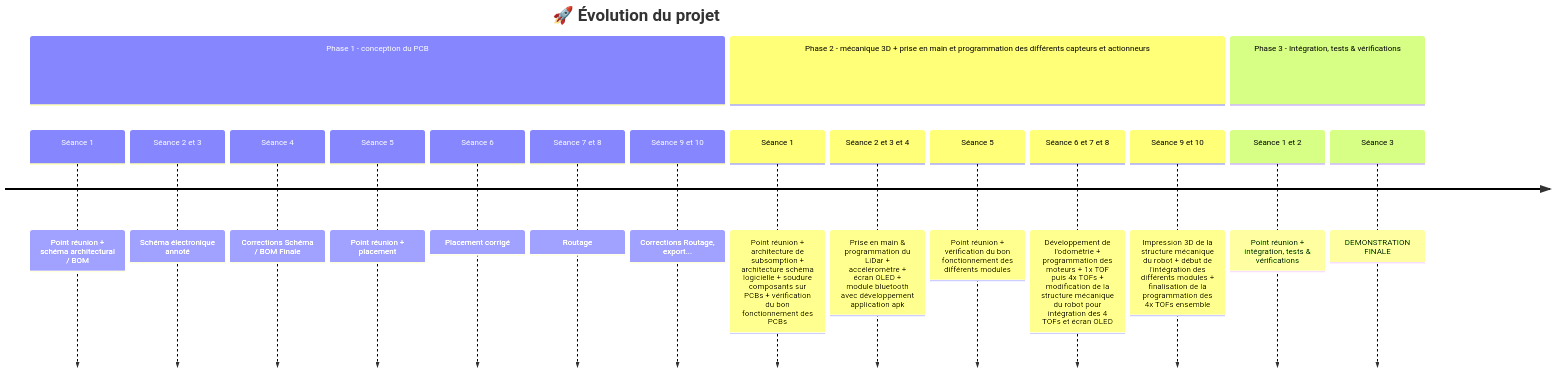
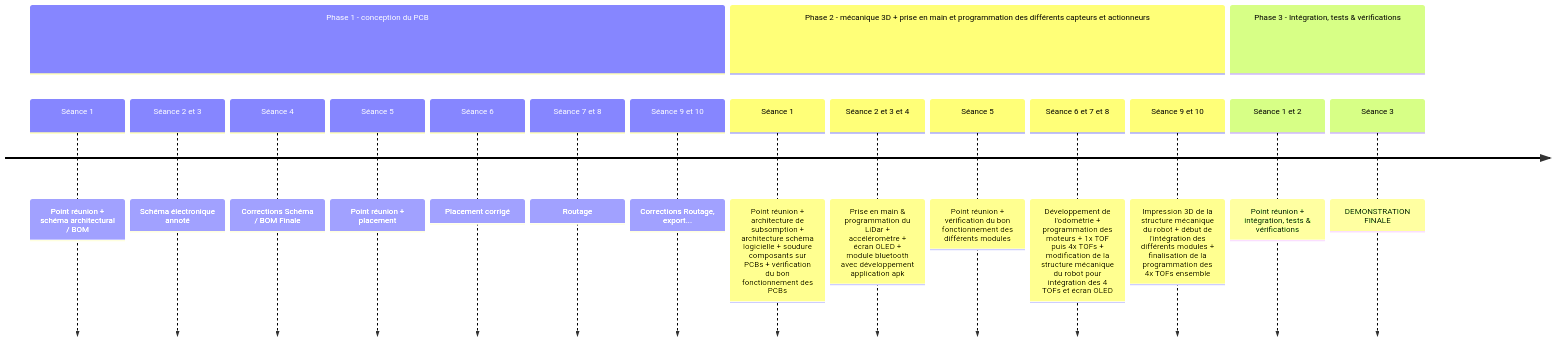
One commit to HugouShare/ENSEA_3A_PROJET_ChaSouRo changed the diagram in README.md. Above: the diagram before and after it, drawn with Mermaid. The commit also changed other lines of this file, not shown here.

````diff
--- a/README.md
+++ b/README.md
@@ -53,30 +53,29 @@
 ```mermaid
 %%{init: {"theme":"default", "themeVariables": {
   "primaryColor": "#4F46E5",
   "primaryTextColor": "#ffffff",
   "primaryBorderColor": "#312E81",
   "lineColor": "#6366F1",
   "secondaryColor": "#E0E7FF",
   "tertiaryColor": "#A5B4FC"
 }}}%%
 
 timeline
-    title 🚀 Évolution du projet
     section Phase 1 - conception du PCB
       Séance 1 : Point réunion + schéma architectural / BOM
       Séance 2 et 3 : Schéma électronique annoté
       Séance 4 : Corrections Schéma / BOM Finale
       Séance 5 : Point réunion + placement
       Séance 6 : Placement corrigé
       Séance 7 et 8 : Routage
       Séance 9 et 10 : Corrections Routage, export...
     section Phase 2 - mécanique 3D + prise en main et programmation des différents capteurs et actionneurs
       Séance 1 : Point réunion + architecture de subsomption + architecture schéma logicielle + soudure composants sur PCBs + vérification du bon fonctionnement des PCBs
       Séance 2 et 3 et 4 : Prise en main & programmation du LiDar + accéléromètre + écran OLED + module bluetooth avec développement application apk
       Séance 5 : Point réunion + vérification du bon fonctionnement des différents modules
       Séance 6 et 7 et 8 : Développement de l'odométrie + programmation des moteurs + 1x TOF puis 4x TOFs + modification de la structure mécanique du robot pour intégration des 4 TOFs et écran OLED
       Séance 9 et 10 : Impression 3D de la structure mécanique du robot + début de l'intégration des différents modules + finalisation de la programmation des 4x TOFs ensemble 
     section Phase 3 - Intégration, tests & vérifications
       Séance 1 et 2 : Point réunion + intégration, tests & vérifications
       Séance 3 : DEMONSTRATION FINALE
 ```
````
